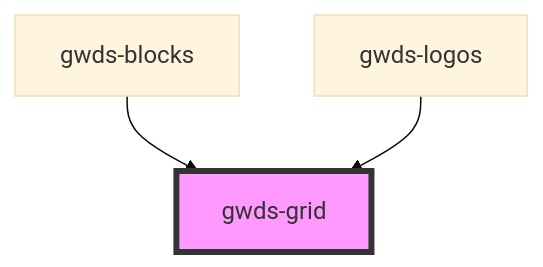
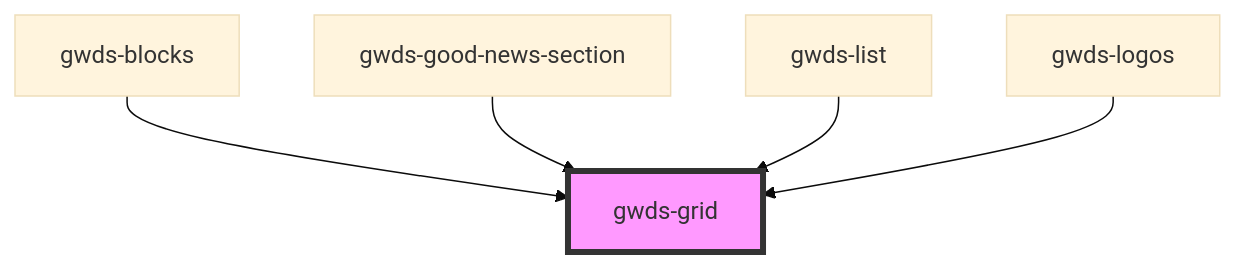
One commit to bsastregx/gwds-stenciljs changed the diagram in src/components/gwds-grid/readme.md. Above: the diagram before and after it, drawn with Mermaid (base theme). The commit also changed other lines of this file and 7898 other files, not shown here.

````diff
--- a/src/components/gwds-grid/readme.md
+++ b/src/components/gwds-grid/readme.md
@@ -23,6 +25,8 @@
 ```mermaid
 graph TD;
   gwds-blocks --> gwds-grid
+  gwds-good-news-section --> gwds-grid
+  gwds-list --> gwds-grid
   gwds-logos --> gwds-grid
   style gwds-grid fill:#f9f,stroke:#333,stroke-width:4px
 ```
````
